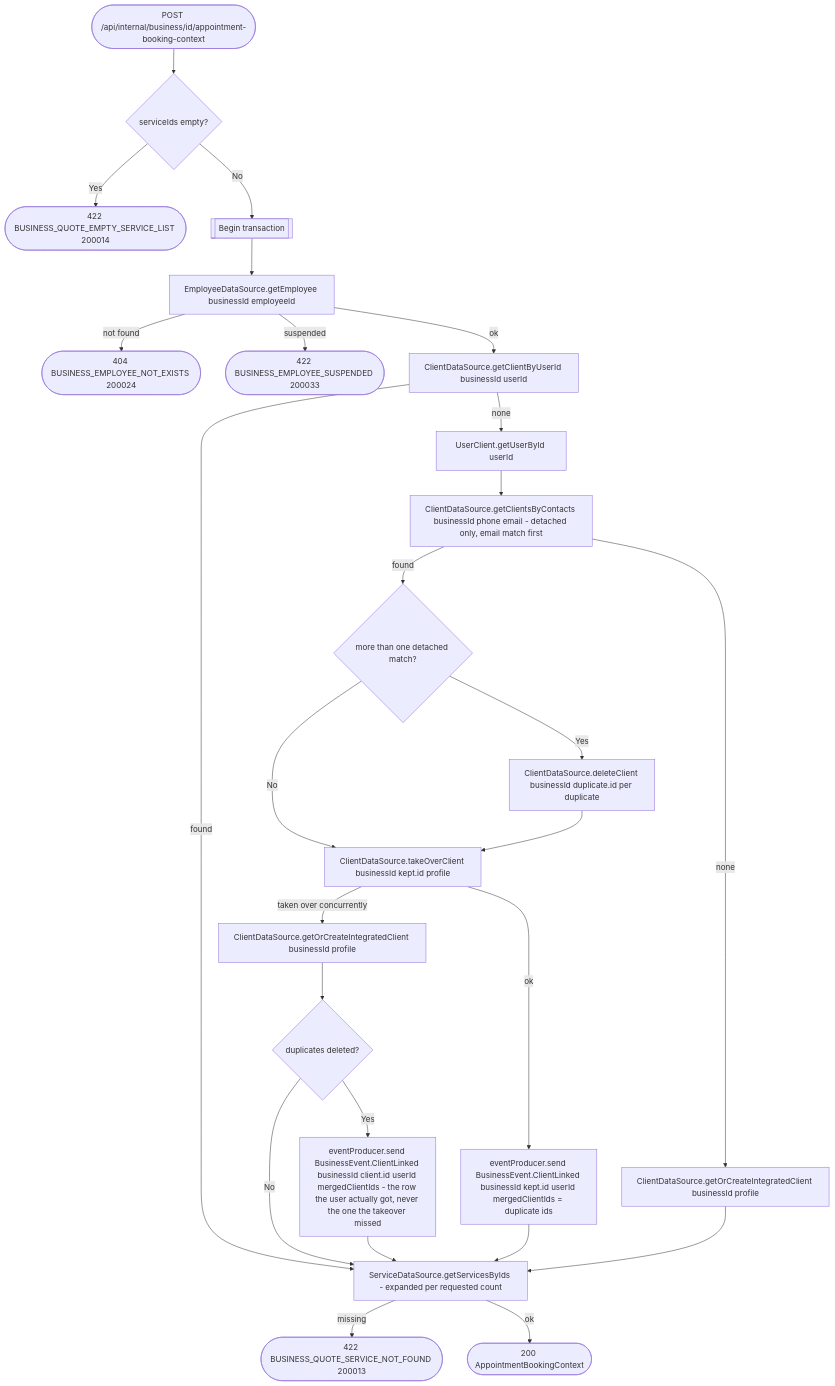
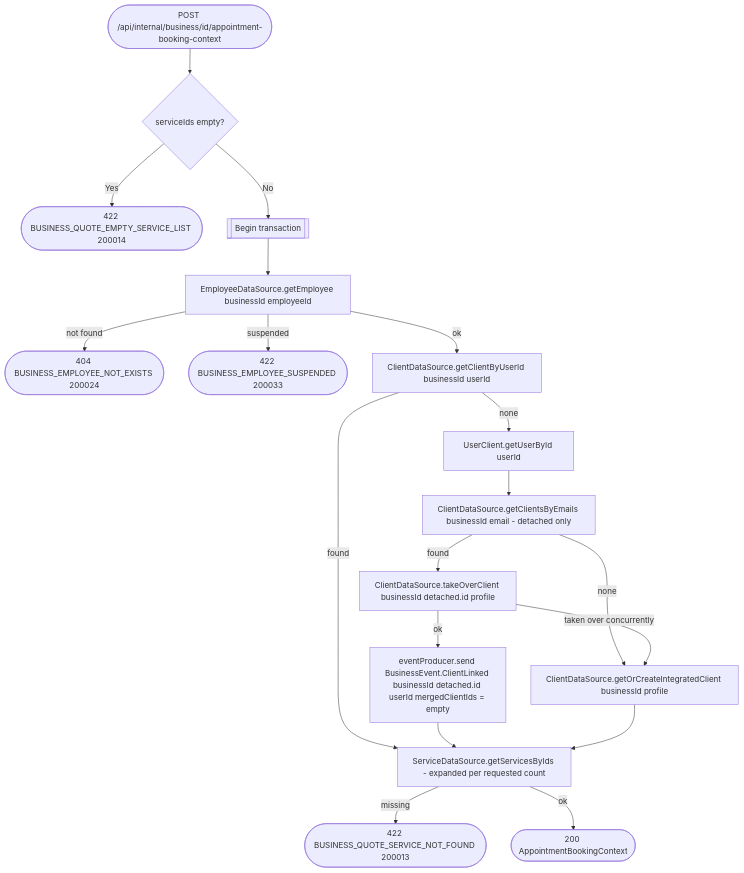
One commit to nocturneproperties/bookkme changed the diagram in docs/operations/business/get-appointment-booking-context.md. Above: the diagram before and after it, drawn with Mermaid. The commit also changed other lines of this file and 36 other files, not shown here.

Commit message:
[ISSUE-147] match clients only by email

````diff
--- a/docs/operations/business/get-appointment-booking-context.md
+++ b/docs/operations/business/get-appointment-booking-context.md
@@ -25,28 +27,21 @@
 ```mermaid
 flowchart TD
     Start([POST /api/internal/business/id/appointment-booking-context]) --> Empty{serviceIds empty?}
     Empty -- Yes --> R422e([422 BUSINESS_QUOTE_EMPTY_SERVICE_LIST 200014])
     Empty -- No --> Tx[[Begin transaction]]
     Tx --> Emp[EmployeeDataSource.getEmployee businessId employeeId]
     Emp -- not found --> R404([404 BUSINESS_EMPLOYEE_NOT_EXISTS 200024])
     Emp -- suspended --> R422s([422 BUSINESS_EMPLOYEE_SUSPENDED 200033])
     Emp -- ok --> Own[ClientDataSource.getClientByUserId businessId userId]
     Own -- found --> Services
     Own -- none --> Profile[UserClient.getUserById userId]
-    Profile --> Match[ClientDataSource.getClientsByContacts businessId phone email - detached only, email match first]
+    Profile --> Match[ClientDataSource.getClientsByEmails businessId email - detached only]
     Match -- none --> Create[ClientDataSource.getOrCreateIntegratedClient businessId profile]
-    Match -- found --> Others{more than one detached match?}
-    Others -- Yes --> Merge["ClientDataSource.deleteClient businessId duplicate.id per duplicate"]
-    Others -- No --> TakeOver
-    Merge --> TakeOver[ClientDataSource.takeOverClient businessId kept.id profile]
-    TakeOver -- ok --> Linked["eventProducer.send BusinessEvent.ClientLinked businessId kept.id userId mergedClientIds = duplicate ids"]
-    TakeOver -- taken over concurrently --> Fallback[ClientDataSource.getOrCreateIntegratedClient businessId profile]
-    Fallback --> Dups{duplicates deleted?}
-    Dups -- Yes --> LinkedFallback["eventProducer.send BusinessEvent.ClientLinked businessId client.id userId mergedClientIds - the row the user actually got, never the one the takeover missed"]
-    Dups -- No --> Services
-    LinkedFallback --> Services
+    Match -- found --> TakeOver[ClientDataSource.takeOverClient businessId detached.id profile]
+    TakeOver -- ok --> Linked["eventProducer.send BusinessEvent.ClientLinked businessId detached.id userId mergedClientIds = empty"]
+    TakeOver -- taken over concurrently --> Create
     Linked --> Services
     Create --> Services[ServiceDataSource.getServicesByIds - expanded per requested count]
     Services -- missing --> R422n([422 BUSINESS_QUOTE_SERVICE_NOT_FOUND 200013])
     Services -- ok --> R200([200 AppointmentBookingContext])
 ```
````
